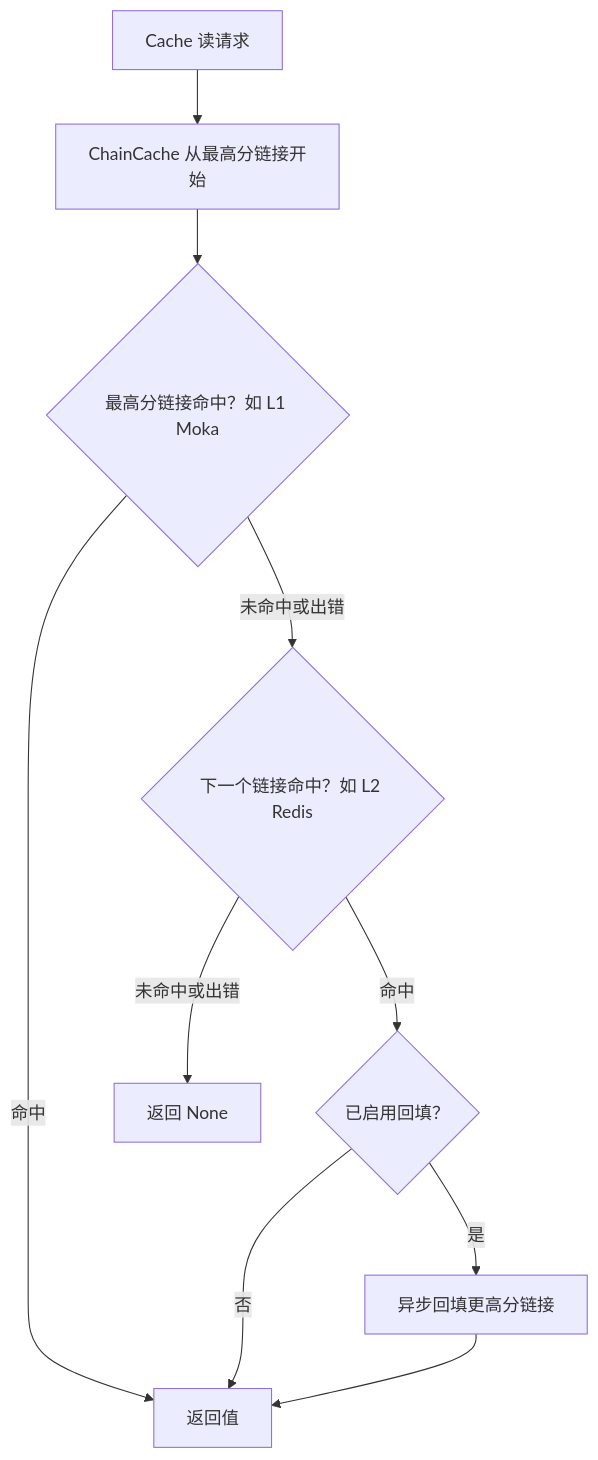
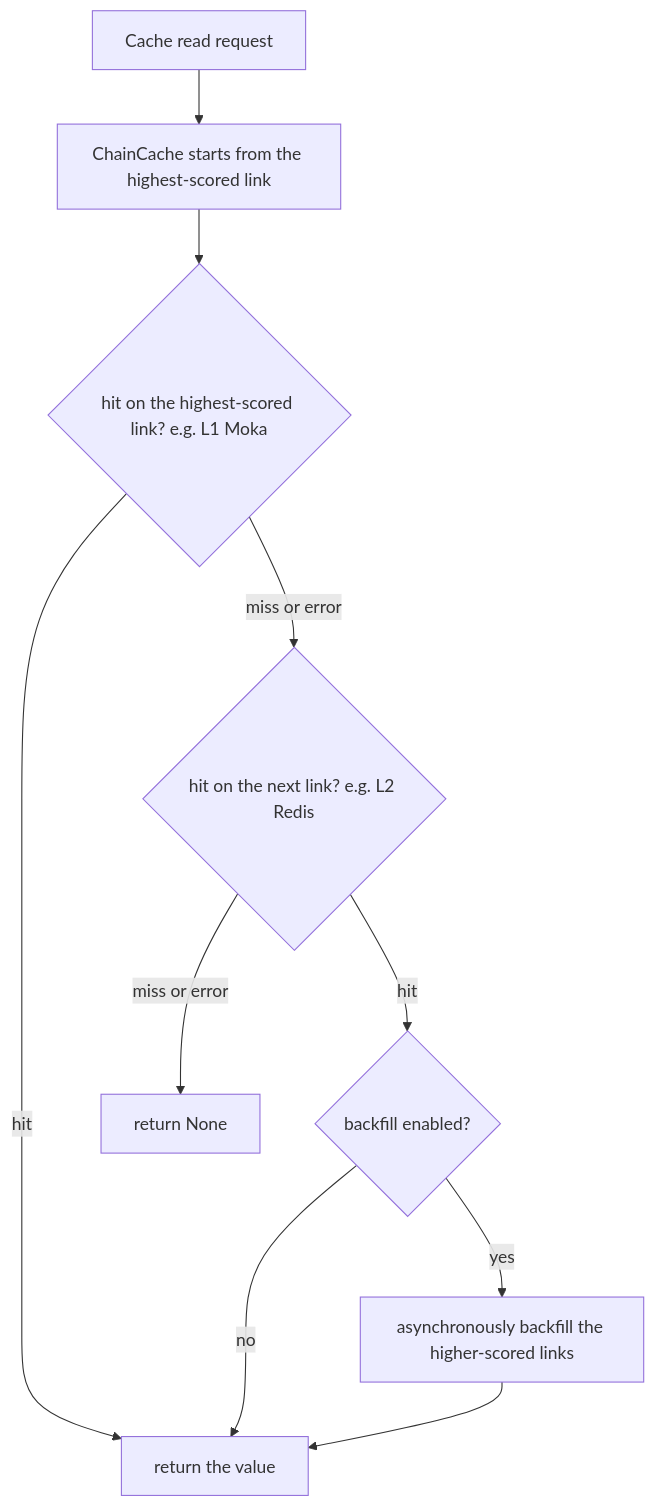
One commit to Kirky-X/oxcache changed the third of 6 diagrams in docs/en/ARCHITECTURE.md. Above: the diagram before and after it, drawn with Mermaid. The commit also changed other lines of this file and 15 other files, not shown here.

````diff
--- a/docs/en/ARCHITECTURE.md
+++ b/docs/en/ARCHITECTURE.md
@@ -577,12 +577,12 @@
 ```mermaid
 flowchart TD
-    A["Cache 读请求"] --> B["ChainCache 从最高分链接开始"]
-    B --> C{"最高分链接命中？如 L1 Moka"}
-    C -->|命中| D["返回值"]
-    C -->|未命中或出错| E{"下一个链接命中？如 L2 Redis"}
-    E -->|命中| F{"已启用回填？"}
-    F -->|是| G["异步回填更高分链接"]
-    F -->|否| D
+    A["Cache read request"] --> B["ChainCache starts from the highest-scored link"]
+    B --> C{"hit on the highest-scored link? e.g. L1 Moka"}
+    C -->|hit| D["return the value"]
+    C -->|miss or error| E{"hit on the next link? e.g. L2 Redis"}
+    E -->|hit| F{"backfill enabled?"}
+    F -->|yes| G["asynchronously backfill the higher-scored links"]
+    F -->|no| D
     G --> D
-    E -->|未命中或出错| H["返回 None"]
+    E -->|miss or error| H["return None"]
 ```
````
